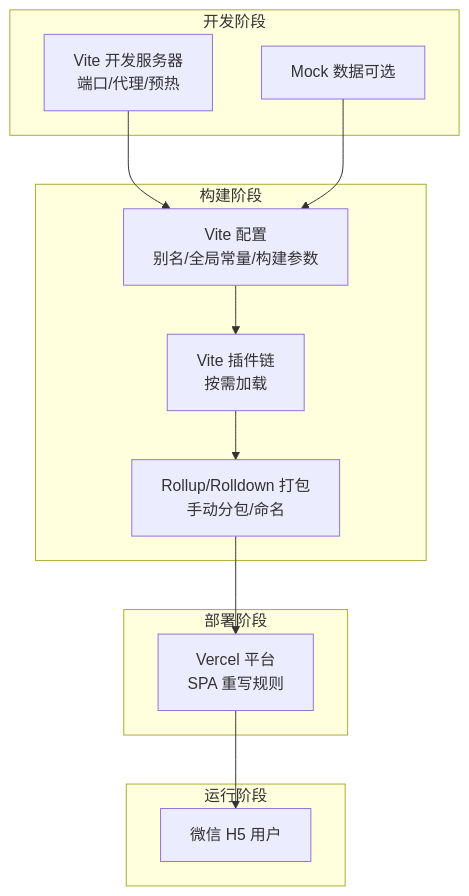
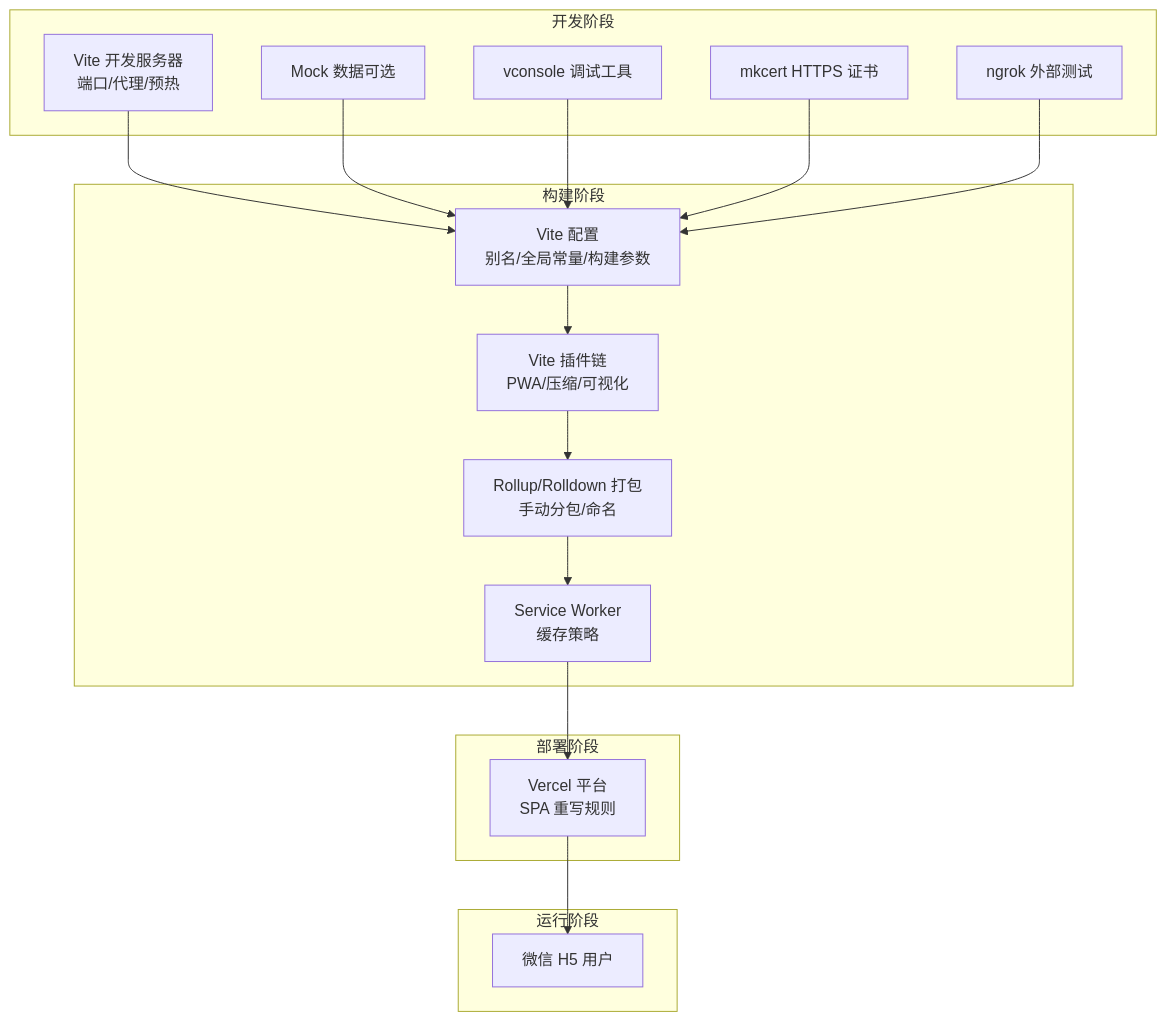
Before and after one commit to giserman001/vue3-vant4-mobile: the second of 7 diagrams in .qoder/repowiki/zh/content/构建与部署.md, drawn with Mermaid. The commit also changed other lines of this file and 4 other files, not shown here.

````diff
--- a/.qoder/repowiki/zh/content/构建与部署.md
+++ b/.qoder/repowiki/zh/content/构建与部署.md
@@ -98,21 +132,28 @@
 ```mermaid
 graph TB
 subgraph "开发阶段"
 DEV["Vite 开发服务器<br/>端口/代理/预热"]
 MOCK["Mock 数据可选"]
+VCONSOLE["vconsole 调试工具"]
+MKCERT["mkcert HTTPS 证书"]
+NGROK["ngrok 外部测试"]
 end
 subgraph "构建阶段"
 VC["Vite 配置<br/>别名/全局常量/构建参数"]
-PLG["Vite 插件链<br/>按需加载"]
+PLG["Vite 插件链<br/>PWA/压缩/可视化"]
 ROLL["Rollup/Rolldown 打包<br/>手动分包/命名"]
+SW["Service Worker<br/>缓存策略"]
 end
 subgraph "部署阶段"
 VERCEL["Vercel 平台<br/>SPA 重写规则"]
 end
 subgraph "运行阶段"
 USER["微信 H5 用户"]
 end
 DEV --> VC
 MOCK --> VC
-VC --> PLG --> ROLL --> VERCEL --> USER
+VCONSOLE --> VC
+MKCERT --> VC
+NGROK --> VC
+VC --> PLG --> ROLL --> SW --> VERCEL --> USER
 ```
````
